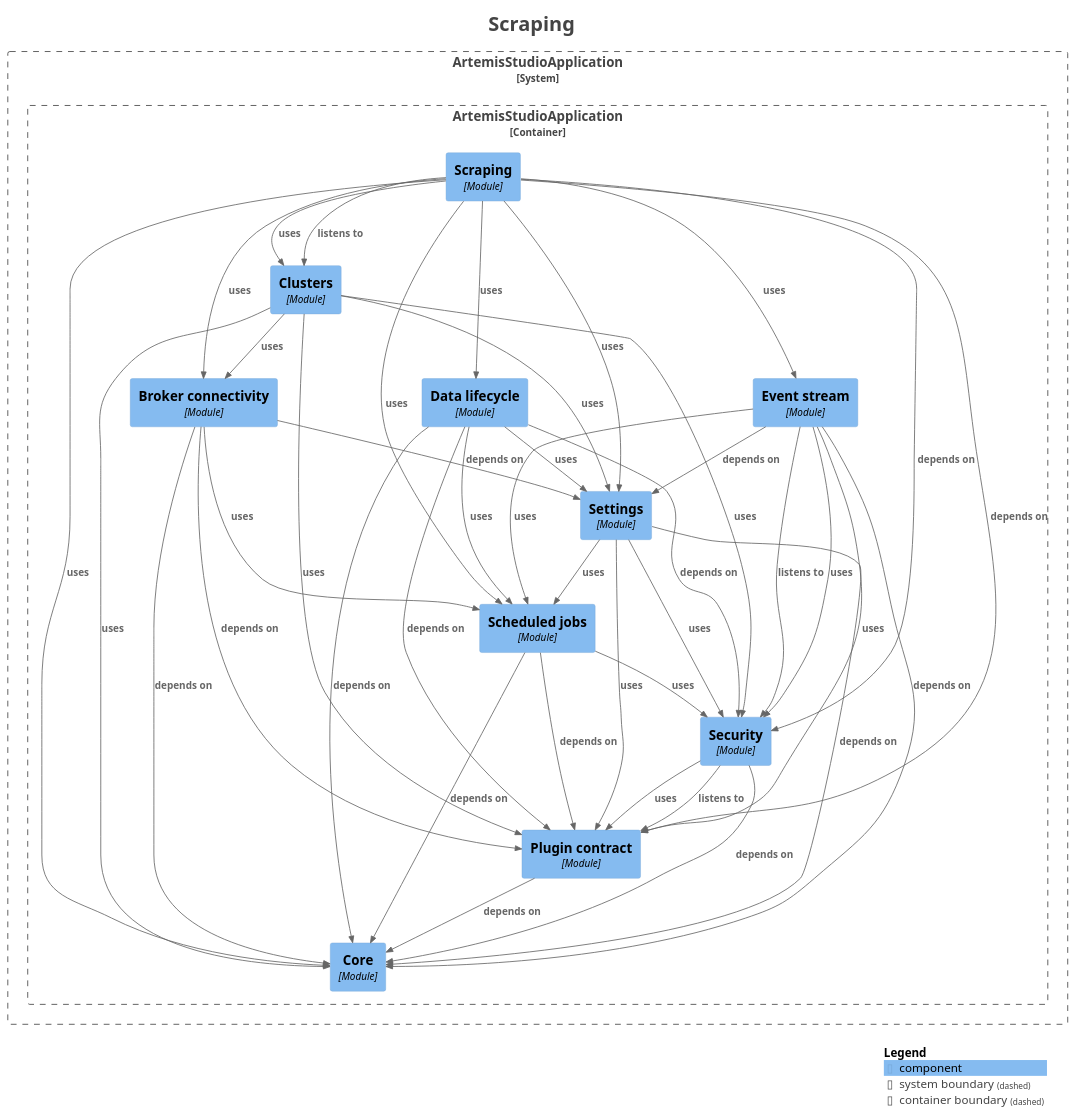
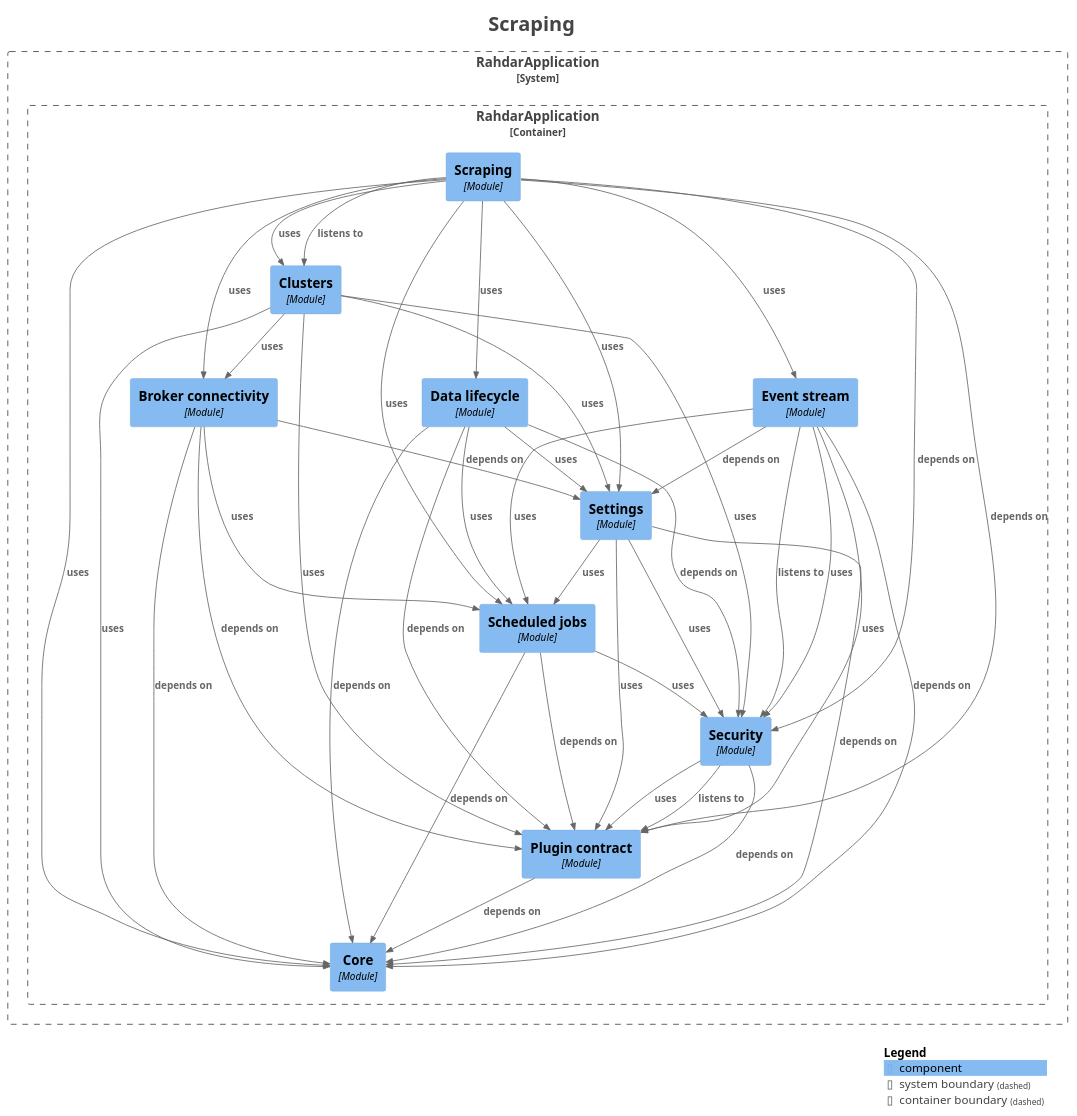
The diagram in docs/modules/module-platform.scrape.puml (sudoitir/artemis-studio), drawn with PlantUML before and after one commit. The commit also changed 4323 other files, not shown here.

```diff
--- a/docs/modules/module-platform.scrape.puml
+++ b/docs/modules/module-platform.scrape.puml
@@ -15,63 +15,63 @@
 !include <C4/C4_Context>
 !include <C4/C4_Component>
 
-System_Boundary("ArtemisStudioApplication_boundary", "ArtemisStudioApplication", $tags="") {
-  Container_Boundary("ArtemisStudioApplication.ArtemisStudioApplication_boundary", "ArtemisStudioApplication", $tags="") {
-    Component(ArtemisStudioApplication.ArtemisStudioApplication.Brokerconnectivity, "Broker connectivity", $techn="Module", $descr="", $tags="", $link="")
-    Component(ArtemisStudioApplication.ArtemisStudioApplication.Clusters, "Clusters", $techn="Module", $descr="", $tags="", $link="")
-    Component(ArtemisStudioApplication.ArtemisStudioApplication.Core, "Core", $techn="Module", $descr="", $tags="", $link="")
-    Component(ArtemisStudioApplication.ArtemisStudioApplication.Datalifecycle, "Data lifecycle", $techn="Module", $descr="", $tags="", $link="")
-    Component(ArtemisStudioApplication.ArtemisStudioApplication.Eventstream, "Event stream", $techn="Module", $descr="", $tags="", $link="")
-    Component(ArtemisStudioApplication.ArtemisStudioApplication.Plugincontract, "Plugin contract", $techn="Module", $descr="", $tags="", $link="")
-    Component(ArtemisStudioApplication.ArtemisStudioApplication.Scheduledjobs, "Scheduled jobs", $techn="Module", $descr="", $tags="", $link="")
-    Component(ArtemisStudioApplication.ArtemisStudioApplication.Scraping, "Scraping", $techn="Module", $descr="", $tags="", $link="")
-    Component(ArtemisStudioApplication.ArtemisStudioApplication.Security, "Security", $techn="Module", $descr="", $tags="", $link="")
-    Component(ArtemisStudioApplication.ArtemisStudioApplication.Settings, "Settings", $techn="Module", $descr="", $tags="", $link="")
+System_Boundary("RahdarApplication_boundary", "RahdarApplication", $tags="") {
+  Container_Boundary("RahdarApplication.RahdarApplication_boundary", "RahdarApplication", $tags="") {
+    Component(RahdarApplication.RahdarApplication.Brokerconnectivity, "Broker connectivity", $techn="Module", $descr="", $tags="", $link="")
+    Component(RahdarApplication.RahdarApplication.Clusters, "Clusters", $techn="Module", $descr="", $tags="", $link="")
+    Component(RahdarApplication.RahdarApplication.Core, "Core", $techn="Module", $descr="", $tags="", $link="")
+    Component(RahdarApplication.RahdarApplication.Datalifecycle, "Data lifecycle", $techn="Module", $descr="", $tags="", $link="")
+    Component(RahdarApplication.RahdarApplication.Eventstream, "Event stream", $techn="Module", $descr="", $tags="", $link="")
+    Component(RahdarApplication.RahdarApplication.Plugincontract, "Plugin contract", $techn="Module", $descr="", $tags="", $link="")
+    Component(RahdarApplication.RahdarApplication.Scheduledjobs, "Scheduled jobs", $techn="Module", $descr="", $tags="", $link="")
+    Component(RahdarApplication.RahdarApplication.Scraping, "Scraping", $techn="Module", $descr="", $tags="", $link="")
+    Component(RahdarApplication.RahdarApplication.Security, "Security", $techn="Module", $descr="", $tags="", $link="")
+    Component(RahdarApplication.RahdarApplication.Settings, "Settings", $techn="Module", $descr="", $tags="", $link="")
   }
 
 }
 
-Rel(ArtemisStudioApplication.ArtemisStudioApplication.Brokerconnectivity, ArtemisStudioApplication.ArtemisStudioApplication.Core, "depends on", $techn="", $tags="", $link="")
-Rel(ArtemisStudioApplication.ArtemisStudioApplication.Brokerconnectivity, ArtemisStudioApplication.ArtemisStudioApplication.Plugincontract, "depends on", $techn="", $tags="", $link="")
-Rel(ArtemisStudioApplication.ArtemisStudioApplication.Brokerconnectivity, ArtemisStudioApplication.ArtemisStudioApplication.Scheduledjobs, "uses", $techn="", $tags="", $link="")
-Rel(ArtemisStudioApplication.ArtemisStudioApplication.Brokerconnectivity, ArtemisStudioApplication.ArtemisStudioApplication.Settings, "depends on", $techn="", $tags="", $link="")
-Rel(ArtemisStudioApplication.ArtemisStudioApplication.Clusters, ArtemisStudioApplication.ArtemisStudioApplication.Brokerconnectivity, "uses", $techn="", $tags="", $link="")
-Rel(ArtemisStudioApplication.ArtemisStudioApplication.Clusters, ArtemisStudioApplication.ArtemisStudioApplication.Core, "uses", $techn="", $tags="", $link="")
-Rel(ArtemisStudioApplication.ArtemisStudioApplication.Clusters, ArtemisStudioApplication.ArtemisStudioApplication.Plugincontract, "uses", $techn="", $tags="", $link="")
-Rel(ArtemisStudioApplication.ArtemisStudioApplication.Clusters, ArtemisStudioApplication.ArtemisStudioApplication.Security, "uses", $techn="", $tags="", $link="")
-Rel(ArtemisStudioApplication.ArtemisStudioApplication.Clusters, ArtemisStudioApplication.ArtemisStudioApplication.Settings, "uses", $techn="", $tags="", $link="")
-Rel(ArtemisStudioApplication.ArtemisStudioApplication.Datalifecycle, ArtemisStudioApplication.ArtemisStudioApplication.Core, "depends on", $techn="", $tags="", $link="")
-Rel(ArtemisStudioApplication.ArtemisStudioApplication.Datalifecycle, ArtemisStudioApplication.ArtemisStudioApplication.Plugincontract, "depends on", $techn="", $tags="", $link="")
-Rel(ArtemisStudioApplication.ArtemisStudioApplication.Datalifecycle, ArtemisStudioApplication.ArtemisStudioApplication.Scheduledjobs, "uses", $techn="", $tags="", $link="")
-Rel(ArtemisStudioApplication.ArtemisStudioApplication.Datalifecycle, ArtemisStudioApplication.ArtemisStudioApplication.Security, "depends on", $techn="", $tags="", $link="")
-Rel(ArtemisStudioApplication.ArtemisStudioApplication.Datalifecycle, ArtemisStudioApplication.ArtemisStudioApplication.Settings, "uses", $techn="", $tags="", $link="")
-Rel(ArtemisStudioApplication.ArtemisStudioApplication.Eventstream, ArtemisStudioApplication.ArtemisStudioApplication.Core, "depends on", $techn="", $tags="", $link="")
-Rel(ArtemisStudioApplication.ArtemisStudioApplication.Eventstream, ArtemisStudioApplication.ArtemisStudioApplication.Plugincontract, "uses", $techn="", $tags="", $link="")
-Rel(ArtemisStudioApplication.ArtemisStudioApplication.Eventstream, ArtemisStudioApplication.ArtemisStudioApplication.Scheduledjobs, "uses", $techn="", $tags="", $link="")
-Rel(ArtemisStudioApplication.ArtemisStudioApplication.Eventstream, ArtemisStudioApplication.ArtemisStudioApplication.Security, "listens to", $techn="", $tags="", $link="")
-Rel(ArtemisStudioApplication.ArtemisStudioApplication.Eventstream, ArtemisStudioApplication.ArtemisStudioApplication.Security, "uses", $techn="", $tags="", $link="")
-Rel(ArtemisStudioApplication.ArtemisStudioApplication.Eventstream, ArtemisStudioApplication.ArtemisStudioApplication.Settings, "depends on", $techn="", $tags="", $link="")
-Rel(ArtemisStudioApplication.ArtemisStudioApplication.Plugincontract, ArtemisStudioApplication.ArtemisStudioApplication.Core, "depends on", $techn="", $tags="", $link="")
-Rel(ArtemisStudioApplication.ArtemisStudioApplication.Scheduledjobs, ArtemisStudioApplication.ArtemisStudioApplication.Core, "depends on", $techn="", $tags="", $link="")
-Rel(ArtemisStudioApplication.ArtemisStudioApplication.Scheduledjobs, ArtemisStudioApplication.ArtemisStudioApplication.Plugincontract, "depends on", $techn="", $tags="", $link="")
-Rel(ArtemisStudioApplication.ArtemisStudioApplication.Scheduledjobs, ArtemisStudioApplication.ArtemisStudioApplication.Security, "uses", $techn="", $tags="", $link="")
-Rel(ArtemisStudioApplication.ArtemisStudioApplication.Scraping, ArtemisStudioApplication.ArtemisStudioApplication.Brokerconnectivity, "uses", $techn="", $tags="", $link="")
-Rel(ArtemisStudioApplication.ArtemisStudioApplication.Scraping, ArtemisStudioApplication.ArtemisStudioApplication.Clusters, "listens to", $techn="", $tags="", $link="")
-Rel(ArtemisStudioApplication.ArtemisStudioApplication.Scraping, ArtemisStudioApplication.ArtemisStudioApplication.Clusters, "uses", $techn="", $tags="", $link="")
-Rel(ArtemisStudioApplication.ArtemisStudioApplication.Scraping, ArtemisStudioApplication.ArtemisStudioApplication.Core, "uses", $techn="", $tags="", $link="")
-Rel(ArtemisStudioApplication.ArtemisStudioApplication.Scraping, ArtemisStudioApplication.ArtemisStudioApplication.Datalifecycle, "uses", $techn="", $tags="", $link="")
-Rel(ArtemisStudioApplication.ArtemisStudioApplication.Scraping, ArtemisStudioApplication.ArtemisStudioApplication.Eventstream, "uses", $techn="", $tags="", $link="")
-Rel(ArtemisStudioApplication.ArtemisStudioApplication.Scraping, ArtemisStudioApplication.ArtemisStudioApplication.Plugincontract, "depends on", $techn="", $tags="", $link="")
-Rel(ArtemisStudioApplication.ArtemisStudioApplication.Scraping, ArtemisStudioApplication.ArtemisStudioApplication.Scheduledjobs, "uses", $techn="", $tags="", $link="")
-Rel(ArtemisStudioApplication.ArtemisStudioApplication.Scraping, ArtemisStudioApplication.ArtemisStudioApplication.Security, "depends on", $techn="", $tags="", $link="")
-Rel(ArtemisStudioApplication.ArtemisStudioApplication.Scraping, ArtemisStudioApplication.ArtemisStudioApplication.Settings, "uses", $techn="", $tags="", $link="")
-Rel(ArtemisStudioApplication.ArtemisStudioApplication.Security, ArtemisStudioApplication.ArtemisStudioApplication.Core, "depends on", $techn="", $tags="", $link="")
-Rel(ArtemisStudioApplication.ArtemisStudioApplication.Security, ArtemisStudioApplication.ArtemisStudioApplication.Plugincontract, "listens to", $techn="", $tags="", $link="")
-Rel(ArtemisStudioApplication.ArtemisStudioApplication.Security, ArtemisStudioApplication.ArtemisStudioApplication.Plugincontract, "uses", $techn="", $tags="", $link="")
-Rel(ArtemisStudioApplication.ArtemisStudioApplication.Settings, ArtemisStudioApplication.ArtemisStudioApplication.Core, "depends on", $techn="", $tags="", $link="")
-Rel(ArtemisStudioApplication.ArtemisStudioApplication.Settings, ArtemisStudioApplication.ArtemisStudioApplication.Plugincontract, "uses", $techn="", $tags="", $link="")
-Rel(ArtemisStudioApplication.ArtemisStudioApplication.Settings, ArtemisStudioApplication.ArtemisStudioApplication.Scheduledjobs, "uses", $techn="", $tags="", $link="")
-Rel(ArtemisStudioApplication.ArtemisStudioApplication.Settings, ArtemisStudioApplication.ArtemisStudioApplication.Security, "uses", $techn="", $tags="", $link="")
+Rel(RahdarApplication.RahdarApplication.Brokerconnectivity, RahdarApplication.RahdarApplication.Core, "depends on", $techn="", $tags="", $link="")
+Rel(RahdarApplication.RahdarApplication.Brokerconnectivity, RahdarApplication.RahdarApplication.Plugincontract, "depends on", $techn="", $tags="", $link="")
+Rel(RahdarApplication.RahdarApplication.Brokerconnectivity, RahdarApplication.RahdarApplication.Scheduledjobs, "uses", $techn="", $tags="", $link="")
+Rel(RahdarApplication.RahdarApplication.Brokerconnectivity, RahdarApplication.RahdarApplication.Settings, "depends on", $techn="", $tags="", $link="")
+Rel(RahdarApplication.RahdarApplication.Clusters, RahdarApplication.RahdarApplication.Brokerconnectivity, "uses", $techn="", $tags="", $link="")
+Rel(RahdarApplication.RahdarApplication.Clusters, RahdarApplication.RahdarApplication.Core, "uses", $techn="", $tags="", $link="")
+Rel(RahdarApplication.RahdarApplication.Clusters, RahdarApplication.RahdarApplication.Plugincontract, "uses", $techn="", $tags="", $link="")
+Rel(RahdarApplication.RahdarApplication.Clusters, RahdarApplication.RahdarApplication.Security, "uses", $techn="", $tags="", $link="")
+Rel(RahdarApplication.RahdarApplication.Clusters, RahdarApplication.RahdarApplication.Settings, "uses", $techn="", $tags="", $link="")
+Rel(RahdarApplication.RahdarApplication.Datalifecycle, RahdarApplication.RahdarApplication.Core, "depends on", $techn="", $tags="", $link="")
+Rel(RahdarApplication.RahdarApplication.Datalifecycle, RahdarApplication.RahdarApplication.Plugincontract, "depends on", $techn="", $tags="", $link="")
+Rel(RahdarApplication.RahdarApplication.Datalifecycle, RahdarApplication.RahdarApplication.Scheduledjobs, "uses", $techn="", $tags="", $link="")
+Rel(RahdarApplication.RahdarApplication.Datalifecycle, RahdarApplication.RahdarApplication.Security, "depends on", $techn="", $tags="", $link="")
+Rel(RahdarApplication.RahdarApplication.Datalifecycle, RahdarApplication.RahdarApplication.Settings, "uses", $techn="", $tags="", $link="")
+Rel(RahdarApplication.RahdarApplication.Eventstream, RahdarApplication.RahdarApplication.Core, "depends on", $techn="", $tags="", $link="")
+Rel(RahdarApplication.RahdarApplication.Eventstream, RahdarApplication.RahdarApplication.Plugincontract, "uses", $techn="", $tags="", $link="")
+Rel(RahdarApplication.RahdarApplication.Eventstream, RahdarApplication.RahdarApplication.Scheduledjobs, "uses", $techn="", $tags="", $link="")
+Rel(RahdarApplication.RahdarApplication.Eventstream, RahdarApplication.RahdarApplication.Security, "listens to", $techn="", $tags="", $link="")
+Rel(RahdarApplication.RahdarApplication.Eventstream, RahdarApplication.RahdarApplication.Security, "uses", $techn="", $tags="", $link="")
+Rel(RahdarApplication.RahdarApplication.Eventstream, RahdarApplication.RahdarApplication.Settings, "depends on", $techn="", $tags="", $link="")
+Rel(RahdarApplication.RahdarApplication.Plugincontract, RahdarApplication.RahdarApplication.Core, "depends on", $techn="", $tags="", $link="")
+Rel(RahdarApplication.RahdarApplication.Scheduledjobs, RahdarApplication.RahdarApplication.Core, "depends on", $techn="", $tags="", $link="")
+Rel(RahdarApplication.RahdarApplication.Scheduledjobs, RahdarApplication.RahdarApplication.Plugincontract, "depends on", $techn="", $tags="", $link="")
+Rel(RahdarApplication.RahdarApplication.Scheduledjobs, RahdarApplication.RahdarApplication.Security, "uses", $techn="", $tags="", $link="")
+Rel(RahdarApplication.RahdarApplication.Scraping, RahdarApplication.RahdarApplication.Brokerconnectivity, "uses", $techn="", $tags="", $link="")
+Rel(RahdarApplication.RahdarApplication.Scraping, RahdarApplication.RahdarApplication.Clusters, "listens to", $techn="", $tags="", $link="")
+Rel(RahdarApplication.RahdarApplication.Scraping, RahdarApplication.RahdarApplication.Clusters, "uses", $techn="", $tags="", $link="")
+Rel(RahdarApplication.RahdarApplication.Scraping, RahdarApplication.RahdarApplication.Core, "uses", $techn="", $tags="", $link="")
+Rel(RahdarApplication.RahdarApplication.Scraping, RahdarApplication.RahdarApplication.Datalifecycle, "uses", $techn="", $tags="", $link="")
+Rel(RahdarApplication.RahdarApplication.Scraping, RahdarApplication.RahdarApplication.Eventstream, "uses", $techn="", $tags="", $link="")
+Rel(RahdarApplication.RahdarApplication.Scraping, RahdarApplication.RahdarApplication.Plugincontract, "depends on", $techn="", $tags="", $link="")
+Rel(RahdarApplication.RahdarApplication.Scraping, RahdarApplication.RahdarApplication.Scheduledjobs, "uses", $techn="", $tags="", $link="")
+Rel(RahdarApplication.RahdarApplication.Scraping, RahdarApplication.RahdarApplication.Security, "depends on", $techn="", $tags="", $link="")
+Rel(RahdarApplication.RahdarApplication.Scraping, RahdarApplication.RahdarApplication.Settings, "uses", $techn="", $tags="", $link="")
+Rel(RahdarApplication.RahdarApplication.Security, RahdarApplication.RahdarApplication.Core, "depends on", $techn="", $tags="", $link="")
+Rel(RahdarApplication.RahdarApplication.Security, RahdarApplication.RahdarApplication.Plugincontract, "listens to", $techn="", $tags="", $link="")
+Rel(RahdarApplication.RahdarApplication.Security, RahdarApplication.RahdarApplication.Plugincontract, "uses", $techn="", $tags="", $link="")
+Rel(RahdarApplication.RahdarApplication.Settings, RahdarApplication.RahdarApplication.Core, "depends on", $techn="", $tags="", $link="")
+Rel(RahdarApplication.RahdarApplication.Settings, RahdarApplication.RahdarApplication.Plugincontract, "uses", $techn="", $tags="", $link="")
+Rel(RahdarApplication.RahdarApplication.Settings, RahdarApplication.RahdarApplication.Scheduledjobs, "uses", $techn="", $tags="", $link="")
+Rel(RahdarApplication.RahdarApplication.Settings, RahdarApplication.RahdarApplication.Security, "uses", $techn="", $tags="", $link="")
 
 SHOW_LEGEND(true)
 hide stereotypes
```
